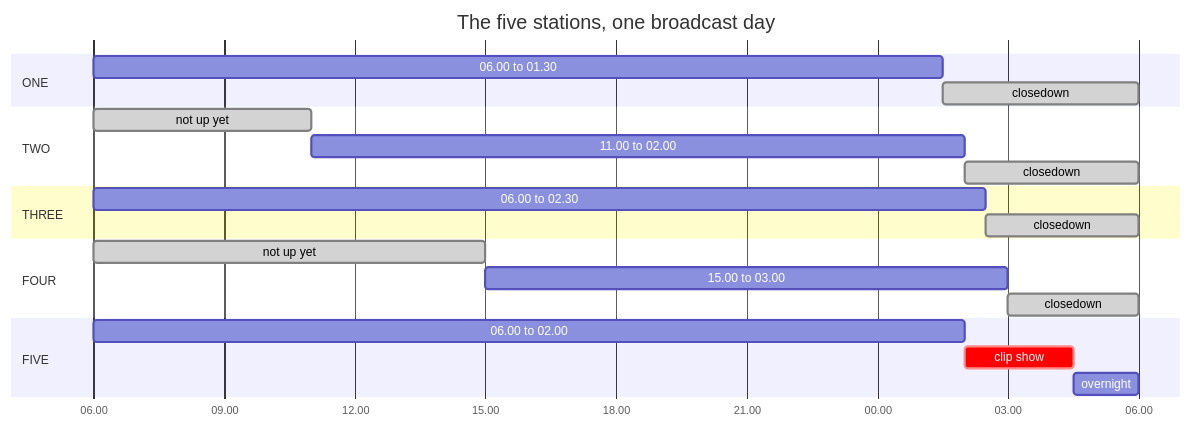
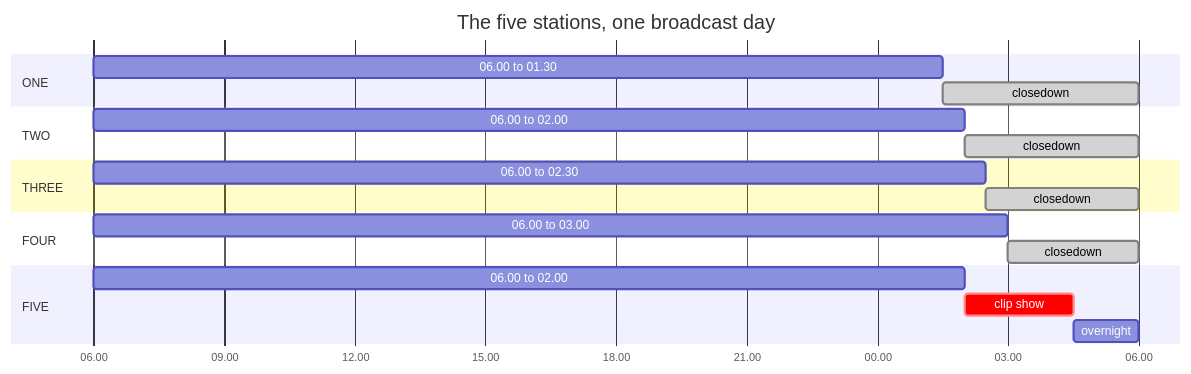
Before and after one commit to coolhandle01/telly: the second of 2 diagrams in docs/architecture/stations.md, drawn with Mermaid. The commit also changed 109 other files, not shown here.

````diff
--- a/docs/architecture/stations.md
+++ b/docs/architecture/stations.md
@@ -117,25 +117,23 @@
 ```mermaid
 gantt
     title The five stations, one broadcast day
     dateFormat YYYY-MM-DD HH:mm
     axisFormat %H.%M
     tickInterval 3hour
     section ONE
     06.00 to 01.30            :2026-01-01 06:00, 2026-01-02 01:30
     closedown                 :done, 2026-01-02 01:30, 2026-01-02 06:00
     section TWO
-    not up yet                :done, 2026-01-01 06:00, 2026-01-01 11:00
-    11.00 to 02.00            :2026-01-01 11:00, 2026-01-02 02:00
+    06.00 to 02.00            :2026-01-01 06:00, 2026-01-02 02:00
     closedown                 :done, 2026-01-02 02:00, 2026-01-02 06:00
     section THREE
     06.00 to 02.30            :2026-01-01 06:00, 2026-01-02 02:30
     closedown                 :done, 2026-01-02 02:30, 2026-01-02 06:00
     section FOUR
-    not up yet                :done, 2026-01-01 06:00, 2026-01-01 15:00
-    15.00 to 03.00            :2026-01-01 15:00, 2026-01-02 03:00
+    06.00 to 03.00            :2026-01-01 06:00, 2026-01-02 03:00
     closedown                 :done, 2026-01-02 03:00, 2026-01-02 06:00
     section FIVE
     06.00 to 02.00            :2026-01-01 06:00, 2026-01-02 02:00
     clip show                 :crit, 2026-01-02 02:00, 2026-01-02 04:30
     overnight                 :2026-01-02 04:30, 2026-01-02 06:00
 ```
````
